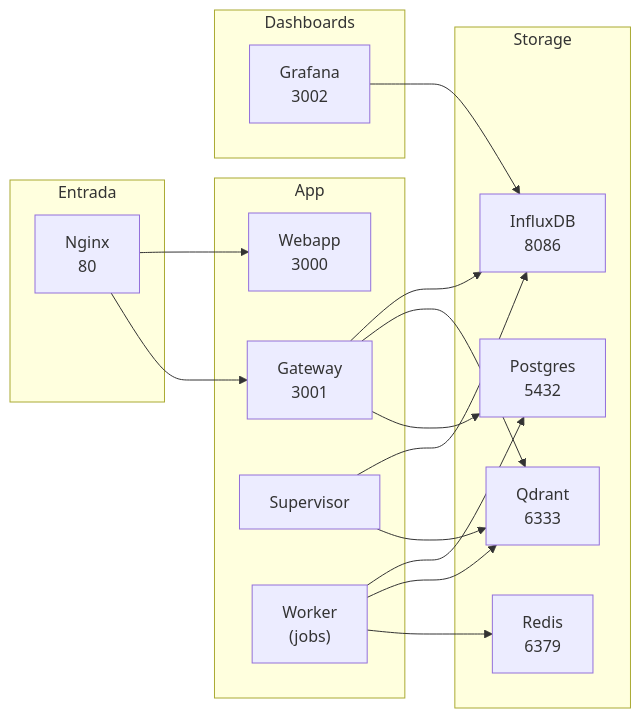
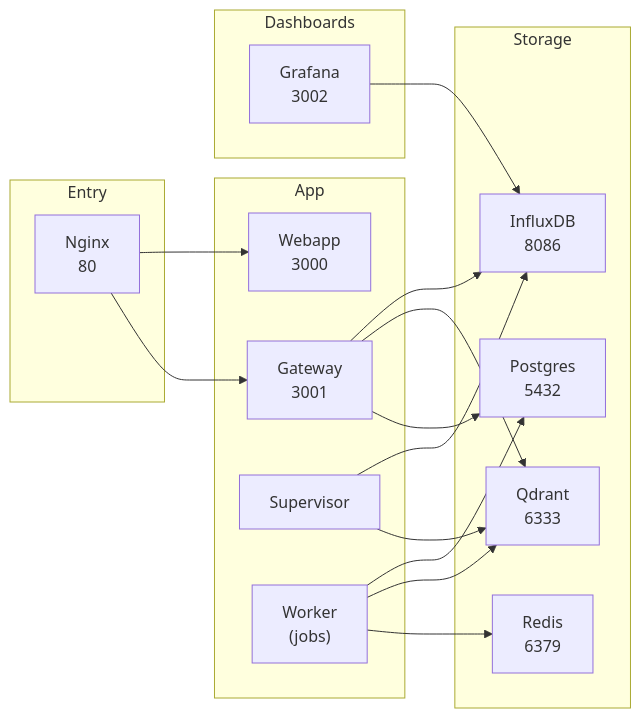
The second of 2 diagrams in docs/INFRAESTRUCTURA.md (gustavosinbandera/MCP-SERVER), drawn with Mermaid before and after one commit. The commit also changed other lines of this file and 104 other files, not shown here.

````diff
--- a/docs/INFRAESTRUCTURA.md
+++ b/docs/INFRAESTRUCTURA.md
@@ -69,36 +69,36 @@
 ```mermaid
 flowchart LR
-    subgraph entrada["Entrada"]
+    subgraph entrada["Entry"]
         Nginx80["Nginx\n80"]
     end
 
     subgraph app["App"]
         GW["Gateway\n3001"]
         WA["Webapp\n3000"]
         SUP["Supervisor"]
         WK["Worker\n(jobs)"]
     end
 
     subgraph store["Storage"]
         PG["Postgres\n5432"]
         RD["Redis\n6379"]
         QD["Qdrant\n6333"]
         IF["InfluxDB\n8086"]
     end
 
     subgraph dash["Dashboards"]
         GF["Grafana\n3002"]
     end
 
     Nginx80 --> GW
     Nginx80 --> WA
     GW --> PG
     GW --> QD
     GW --> IF
     SUP --> QD
     SUP --> IF
     WK --> RD
     WK --> QD
     WK --> PG
     GF --> IF
 ```
````
